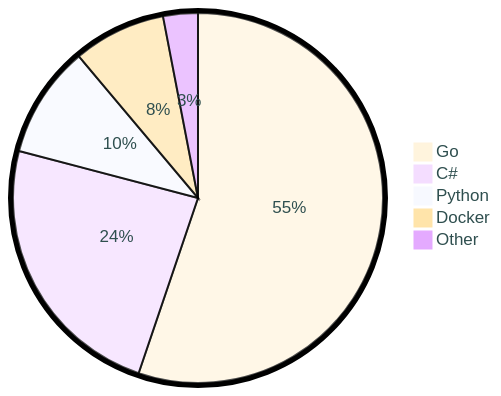
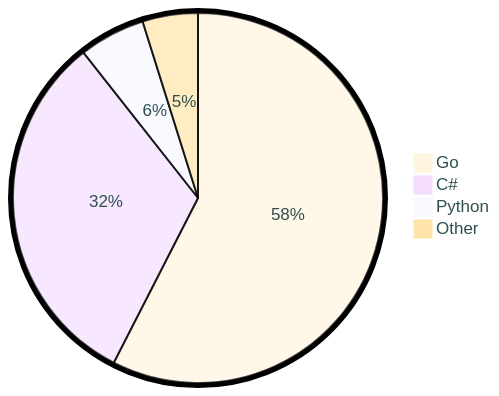
The diagram in README.md (tot0p/tot0p), drawn with Mermaid before and after one commit. The commit also changed other lines of this file, not shown here.

````diff
--- a/README.md
+++ b/README.md
@@ -79,9 +78,8 @@
 ```mermaid
 %%{init: {"pie": {"textPosition": 0.5}, "themeVariables": {"pieOuterStrokeWidth": "5px","primaryTextColor" : "#2F4F4F"},"theme":"base"} }%%
 pie
-	"Go": 55.2
-	"C#": 23.89
-	"Python": 9.78
-	"Docker": 8.1
-	"Other": 3.0299999999999994
+	"Go": 57.53
+	"C#": 31.86
+	"Python": 5.78
+	"Other": 4.839999999999999
 ```
````
